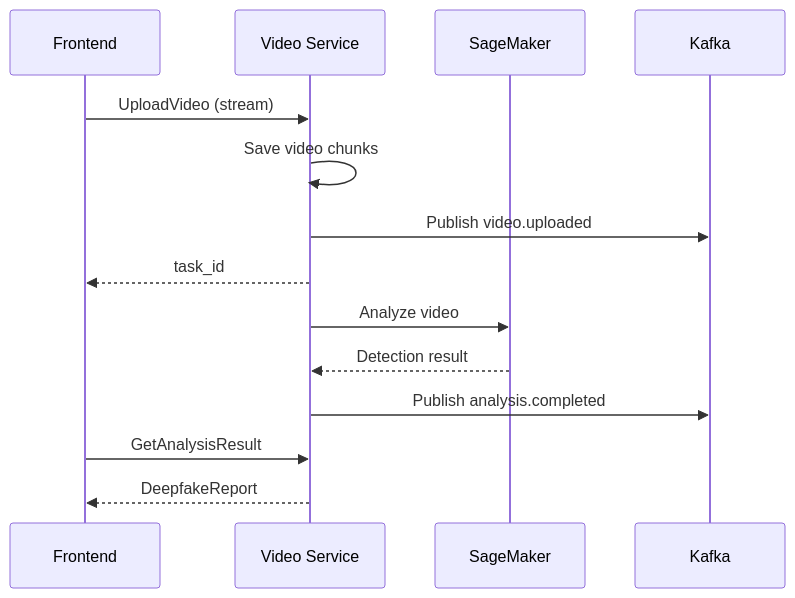
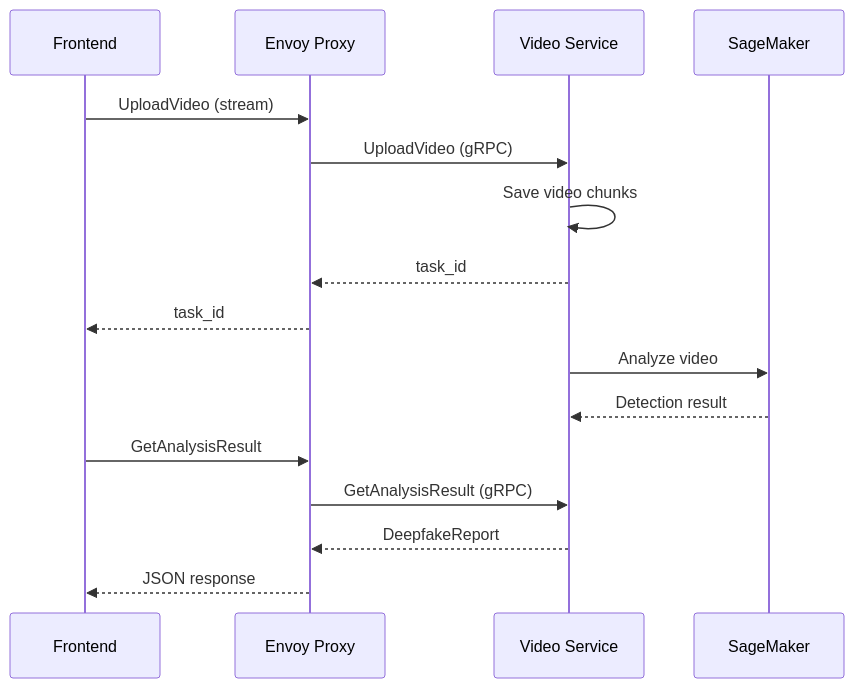
One commit to vanillaturtlechips/pawfiler4 changed the seventh of 9 diagrams in ARCHITECTURE.md. Above: the diagram before and after it, drawn with Mermaid. The commit also changed other lines of this file and 3 other files, not shown here.

````diff
--- a/ARCHITECTURE.md
+++ b/ARCHITECTURE.md
@@ -213,19 +197,21 @@
 ```mermaid
 sequenceDiagram
     participant F as Frontend
+    participant E as Envoy Proxy
     participant VS as Video Service
     participant SM as SageMaker
-    participant K as Kafka
 
-    F->>VS: UploadVideo (stream)
+    F->>E: UploadVideo (stream)
+    E->>VS: UploadVideo (gRPC)
     VS->>VS: Save video chunks
-    VS->>K: Publish video.uploaded
-    VS-->>F: task_id
+    VS-->>E: task_id
+    E-->>F: task_id
     
     VS->>SM: Analyze video
     SM-->>VS: Detection result
-    VS->>K: Publish analysis.completed
     
-    F->>VS: GetAnalysisResult
-    VS-->>F: DeepfakeReport
+    F->>E: GetAnalysisResult
+    E->>VS: GetAnalysisResult (gRPC)
+    VS-->>E: DeepfakeReport
+    E-->>F: JSON response
 ```
````
